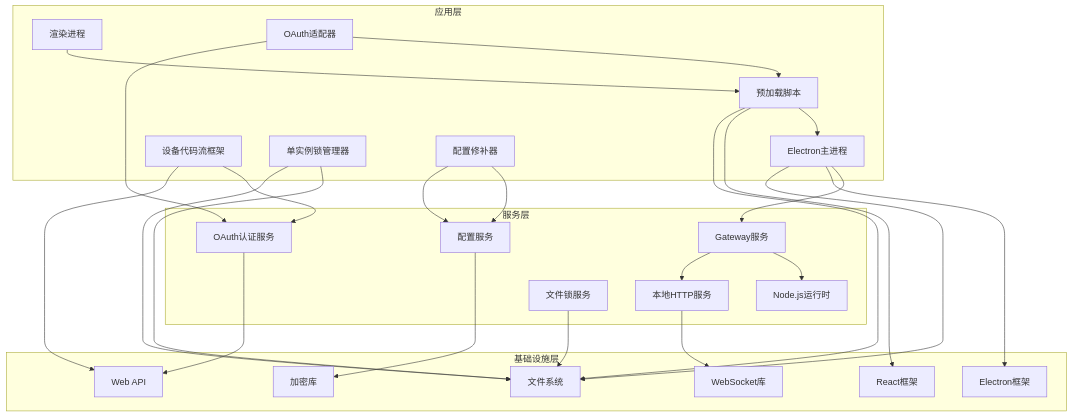
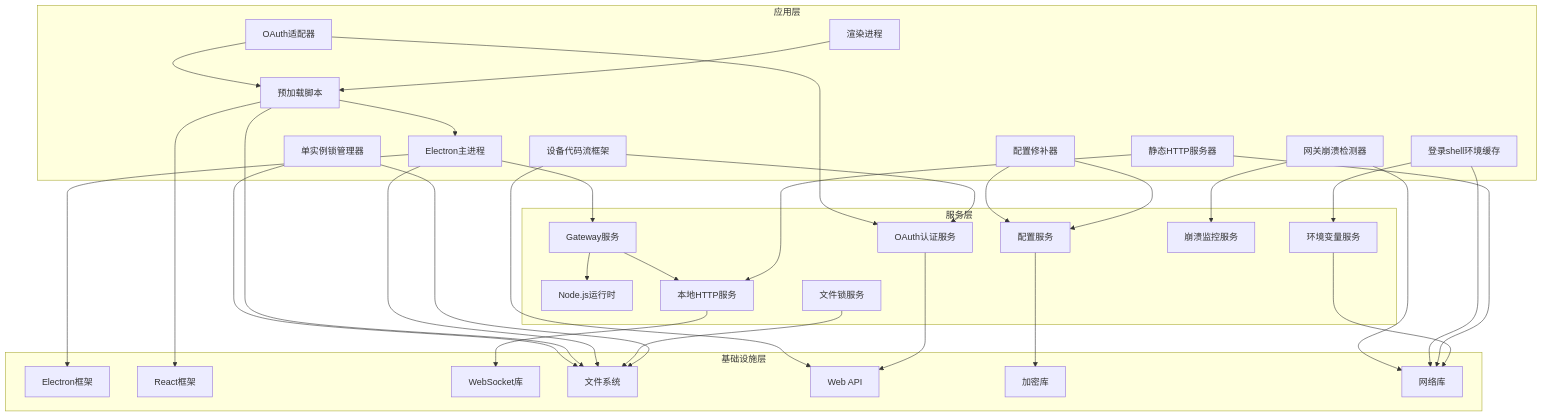
Diagram 25 of 25 in .qoder/repowiki/zh/content/核心概念/Electron应用增强.md (verse-ai-org/openclaw), drawn with Mermaid before and after one commit. The commit also changed other lines of this file and 9 other files, not shown here.

````diff
--- a/.qoder/repowiki/zh/content/核心概念/Electron应用增强.md
+++ b/.qoder/repowiki/zh/content/核心概念/Electron应用增强.md
@@ -742,49 +952,62 @@
 ```mermaid
 graph TB
 subgraph "应用层"
 A[Electron主进程]
 B[预加载脚本]
 C[渲染进程]
 D[OAuth适配器]
 E[设备代码流框架]
 F[单实例锁管理器]
 G[配置修补器]
+H[静态HTTP服务器]
+I[登录shell环境缓存]
+J[网关崩溃检测器]
 end
 subgraph "服务层"
-H[Gateway服务]
-I[Node.js运行时]
-J[本地HTTP服务]
-K[OAuth认证服务]
-L[文件锁服务]
-M[配置服务]
+K[Gateway服务]
+L[Node.js运行时]
+M[本地HTTP服务]
+N[OAuth认证服务]
+O[文件锁服务]
+P[配置服务]
+Q[环境变量服务]
+R[崩溃监控服务]
 end
 subgraph "基础设施层"
-N[Electron框架]
-O[React框架]
-P[WebSocket库]
-Q[文件系统]
-R[Web API]
-S[加密库]
+S[Electron框架]
+T[React框架]
+U[WebSocket库]
+V[文件系统]
+W[Web API]
+X[加密库]
+Y[网络库]
 end
-A --> H
-A --> N
+A --> K
+A --> S
 B --> A
-B --> O
+B --> T
 C --> B
 D --> B
-E --> K
-F --> Q
-G --> M
-H --> I
-H --> J
-J --> P
-K --> R
-L --> Q
-M --> S
-A --> Q
-B --> Q
-D --> K
-E --> R
-F --> Q
-G --> M
+E --> N
+F --> V
+G --> P
+H --> M
+I --> Q
+J --> R
+K --> L
+K --> M
+M --> U
+N --> W
+O --> V
+P --> X
+Q --> Y
+A --> V
+B --> V
+D --> N
+E --> W
+F --> V
+G --> P
+H --> Y
+I --> Y
+J --> Y
 ```
````
